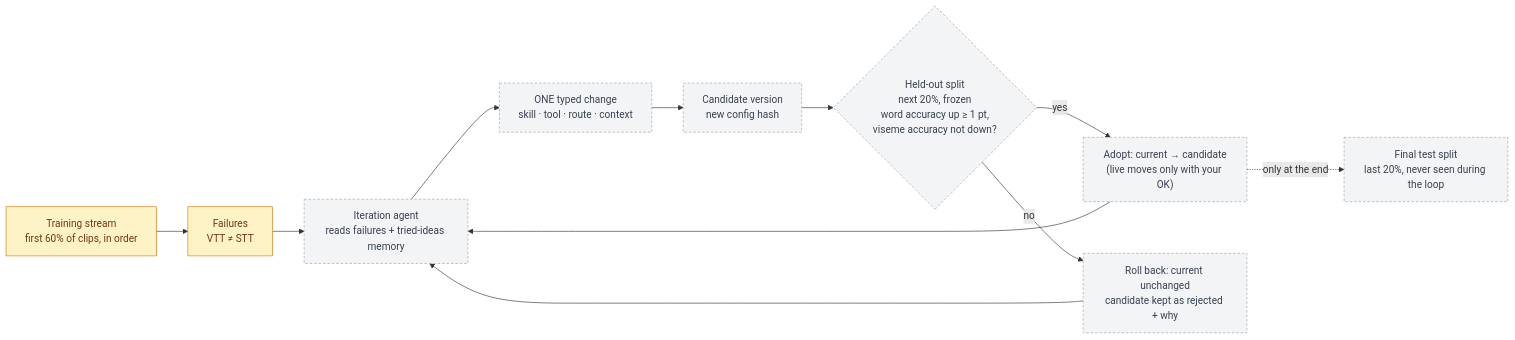
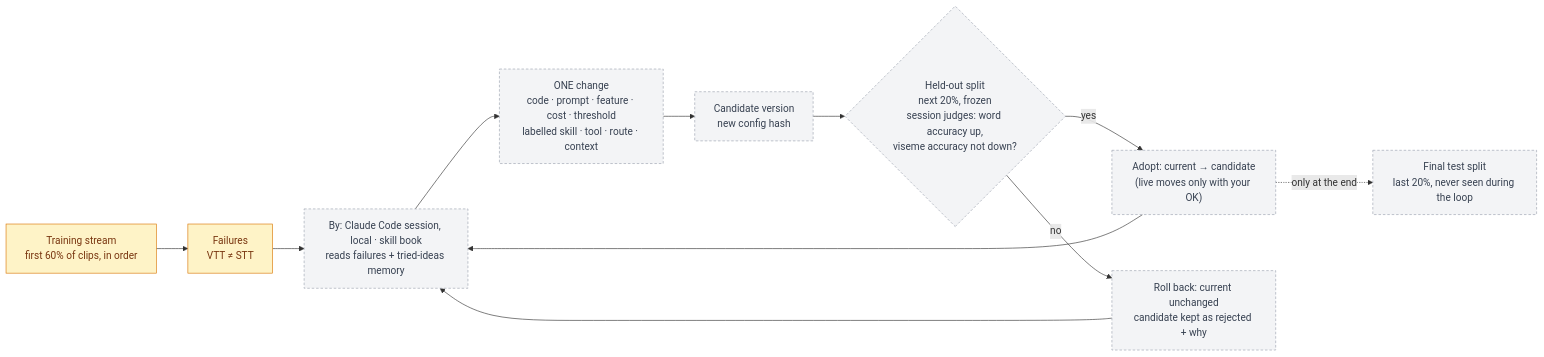
Before and after one commit to Darijan-Ducic/badge-machine: the diagram in docs/self-improvement.md, drawn with Mermaid. The commit also changed other lines of this file and 2 other files, not shown here.

First line of the commit message:
docs: mark a local Claude Code session as the owner of every iteration

````diff
--- a/docs/self-improvement.md
+++ b/docs/self-improvement.md
@@ -20,19 +20,19 @@
 ```mermaid
 flowchart LR
   STREAM["Training stream<br/>first 60% of clips, in order"] --> FAIL["Failures<br/>VTT ≠ STT"]
-  FAIL --> AGENT["Iteration agent<br/>reads failures + tried-ideas memory"]
-  AGENT --> CHANGE["ONE typed change<br/>skill · tool · route · context"]
+  FAIL --> AGENT["By: Claude Code session, local · skill book<br/>reads failures + tried-ideas memory"]
+  AGENT --> CHANGE["ONE change<br/>code · prompt · feature · cost · threshold<br/>labelled skill · tool · route · context"]
   CHANGE --> CAND["Candidate version<br/>new config hash"]
-  CAND --> GATE{"Held-out split<br/>next 20%, frozen<br/>word accuracy up ≥ 1 pt,<br/>viseme accuracy not down?"}
+  CAND --> GATE{"Held-out split<br/>next 20%, frozen<br/>session judges: word accuracy up,<br/>viseme accuracy not down?"}
   GATE -- yes --> ADOPT["Adopt: current → candidate<br/>(live moves only with your OK)"]
   GATE -- no --> ROLL["Roll back: current unchanged<br/>candidate kept as rejected + why"]
   ADOPT --> AGENT
   ROLL --> AGENT
   ADOPT -. "only at the end" .-> TEST["Final test split<br/>last 20%, never seen during the loop"]
 
   classDef built fill:#d1fae5,stroke:#059669,color:#064e3b
   classDef building fill:#fef3c7,stroke:#d97706,color:#78350f
   classDef planned fill:#f3f4f6,stroke:#9ca3af,color:#374151,stroke-dasharray:4 3
   class STREAM,FAIL building
   class AGENT,CHANGE,CAND,GATE,ADOPT,ROLL,TEST planned
 ```
````
